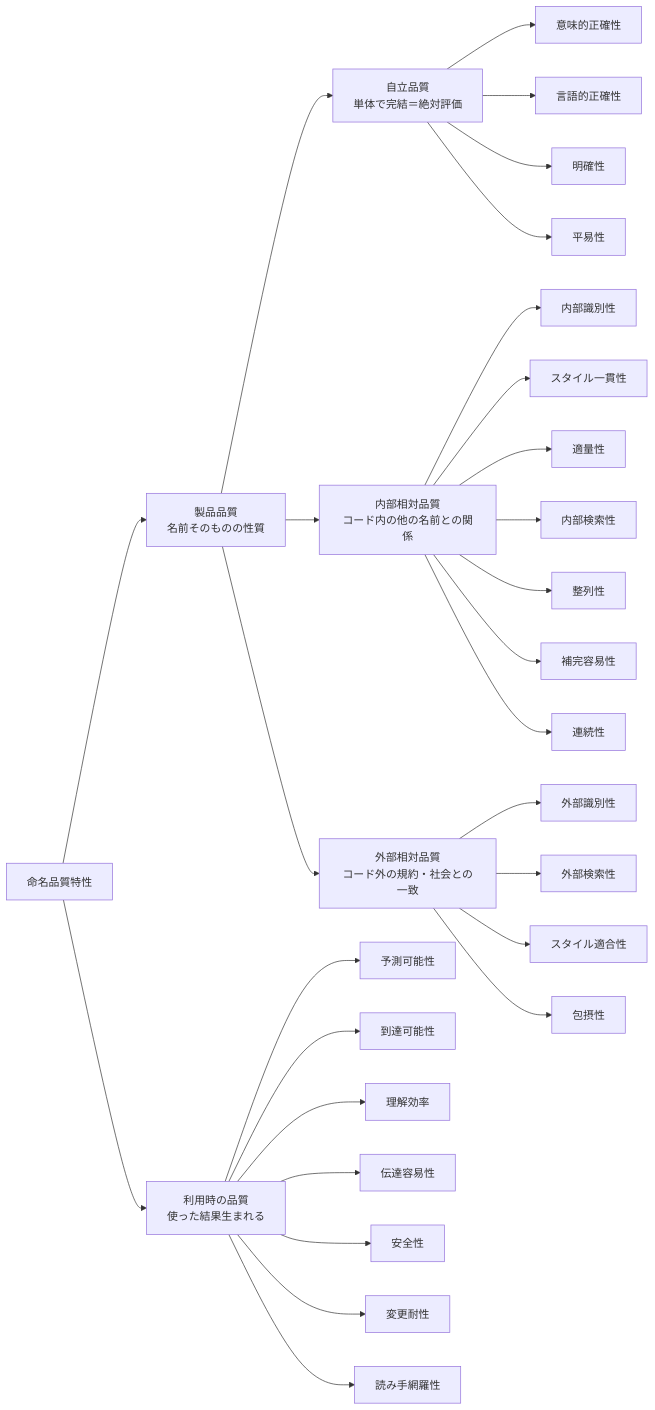
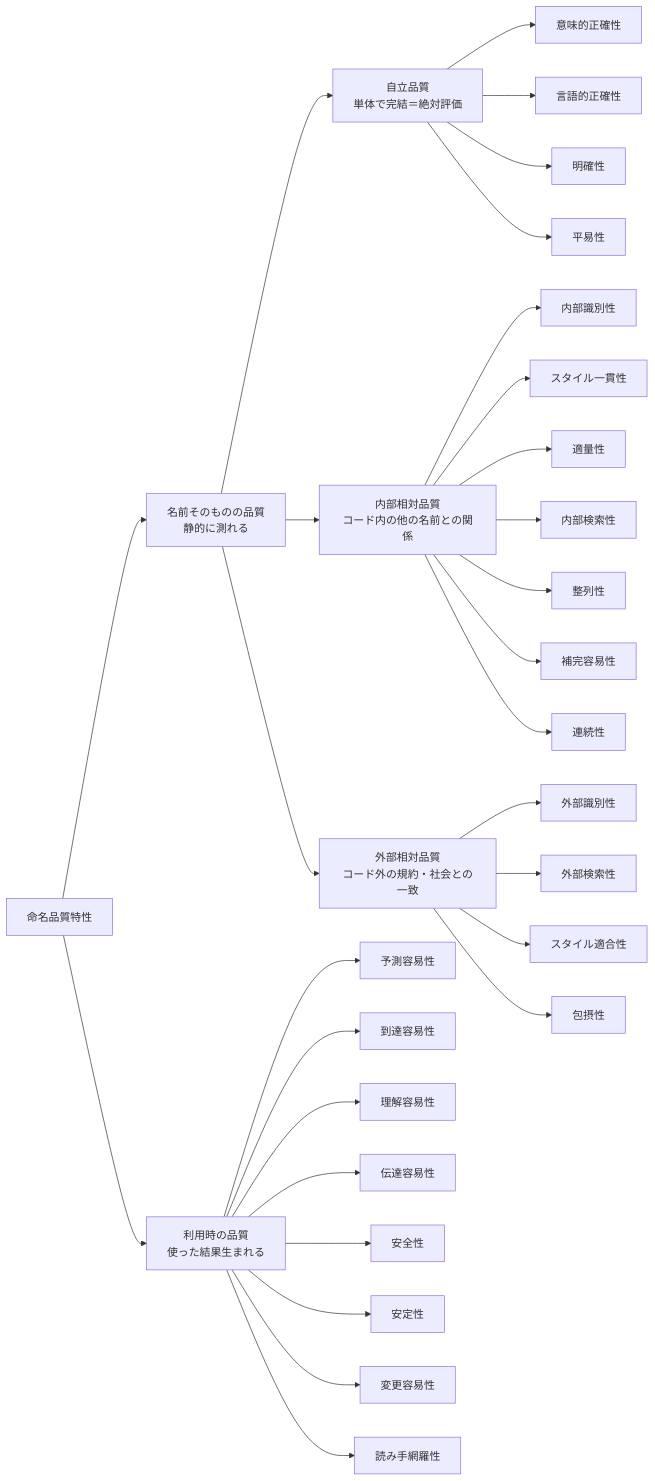
Before and after one commit to kagankan/zenn-articles: the diagram in articles/naming-quality-characteristics.md, drawn with Mermaid. The commit also changed other lines of this file and 1 other file, not shown here.

````diff
--- a/articles/naming-quality-characteristics.md
+++ b/articles/naming-quality-characteristics.md
@@ -15,37 +14,38 @@
 ```mermaid
 graph LR
   R[命名品質特性]
 
-  R --> P[製品品質<br/>名前そのものの性質]
+  R --> P[名前そのものの品質<br/>静的に測れる]
   R --> U[利用時の品質<br/>使った結果生まれる]
 
   P --> A[自立品質<br/>単体で完結＝絶対評価]
   P --> I[内部相対品質<br/>コード内の他の名前との関係]
   P --> E[外部相対品質<br/>コード外の規約・社会との一致]
 
   A --> A1[意味的正確性]
   A --> A2[言語的正確性]
   A --> A3[明確性]
   A --> A4[平易性]
 
   I --> I1[内部識別性]
   I --> I7[スタイル一貫性]
   I --> I2[適量性]
   I --> I3[内部検索性]
   I --> I4[整列性]
   I --> I5[補完容易性]
   I --> I6[連続性]
 
   E --> E1[外部識別性]
   E --> E4[外部検索性]
   E --> E2[スタイル適合性]
   E --> E3[包摂性]
 
-  U --> U1[予測可能性]
-  U --> U7[到達可能性]
-  U --> U2[理解効率]
+  U --> U1[予測容易性]
+  U --> U7[到達容易性]
+  U --> U2[理解容易性]
   U --> U6[伝達容易性]
   U --> U3[安全性]
-  U --> U4[変更耐性]
+  U --> U4[安定性]
+  U --> U8[変更容易性]
   U --> U5[読み手網羅性]
 ```
````
